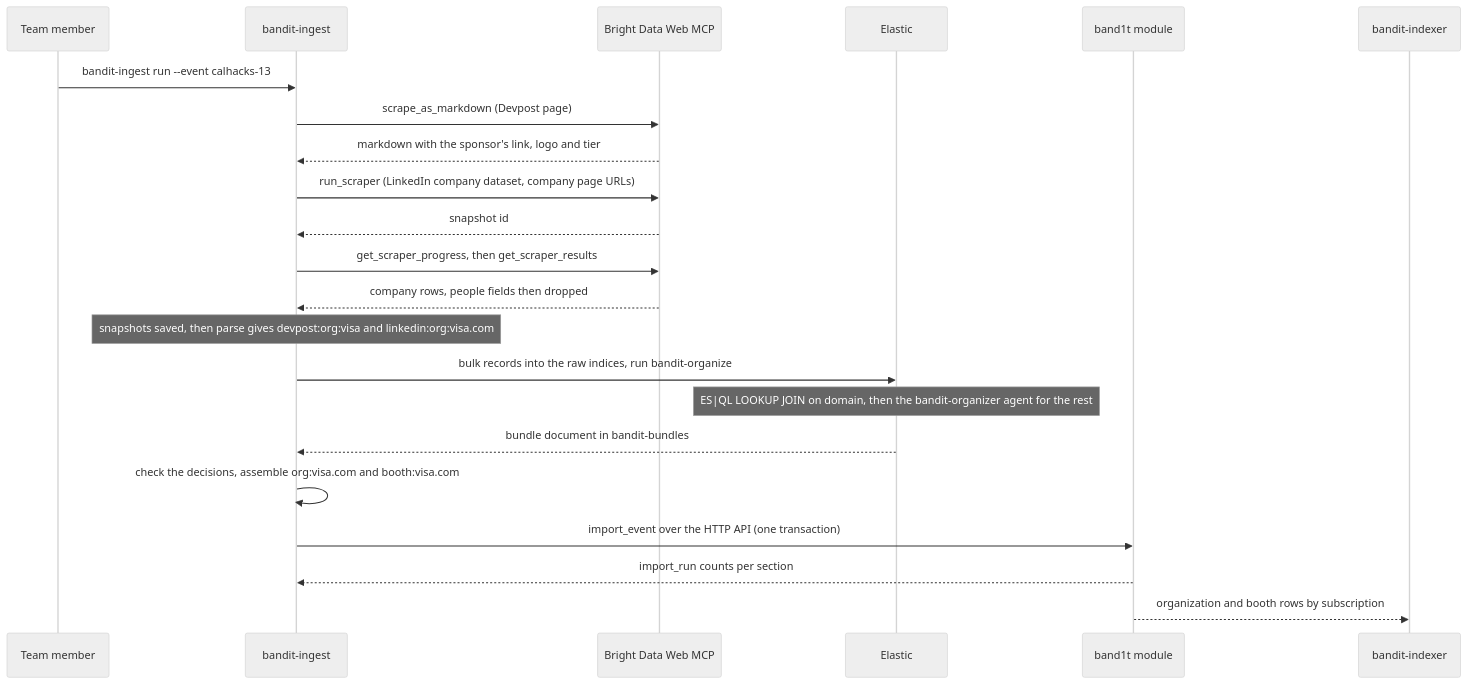
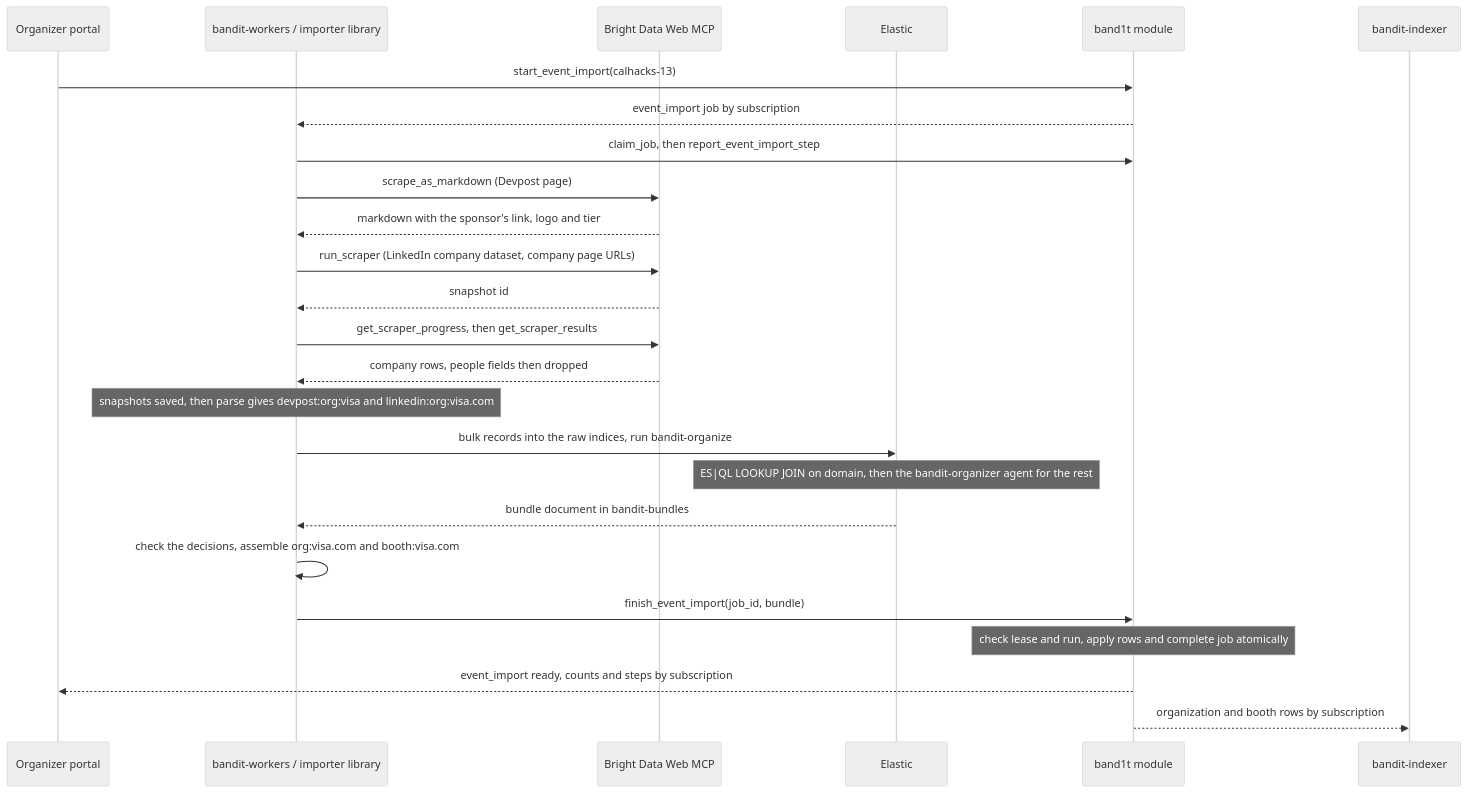
Before and after one commit to viktorinkov/cal-hacks-13: the eighth of 8 diagrams in System Design/7-integrations/Bright-Data.md, drawn with Mermaid (neutral theme). The commit also changed other lines of this file and 39 other files, not shown here.

Commit message:
run event imports from the organizer app

````diff
--- a/System Design/7-integrations/Bright-Data.md
+++ b/System Design/7-integrations/Bright-Data.md
@@ -528,24 +540,27 @@
 ```mermaid
 sequenceDiagram
-  participant OP as Team member
-  participant ING as bandit-ingest
+  participant OP as Organizer portal
+  participant ING as bandit-workers / importer library
   participant BD as Bright Data Web MCP
   participant ES as Elastic
   participant STDB as band1t module
   participant IDX as bandit-indexer
-  OP->>ING: bandit-ingest run --event calhacks-13
+  OP->>STDB: start_event_import(calhacks-13)
+  STDB-->>ING: event_import job by subscription
+  ING->>STDB: claim_job, then report_event_import_step
   ING->>BD: scrape_as_markdown (Devpost page)
   BD-->>ING: markdown with the sponsor's link, logo and tier
   ING->>BD: run_scraper (LinkedIn company dataset, company page URLs)
   BD-->>ING: snapshot id
   ING->>BD: get_scraper_progress, then get_scraper_results
   BD-->>ING: company rows, people fields then dropped
   Note over ING: snapshots saved, then parse gives devpost:org:visa and linkedin:org:visa.com
   ING->>ES: bulk records into the raw indices, run bandit-organize
   Note over ES: ES|QL LOOKUP JOIN on domain, then the bandit-organizer agent for the rest
   ES-->>ING: bundle document in bandit-bundles
   ING->>ING: check the decisions, assemble org:visa.com and booth:visa.com
-  ING->>STDB: import_event over the HTTP API (one transaction)
-  STDB-->>ING: import_run counts per section
+  ING->>STDB: finish_event_import(job_id, bundle)
+  Note over STDB: check lease and run, apply rows and complete job atomically
+  STDB-->>OP: event_import ready, counts and steps by subscription
   STDB-->>IDX: organization and booth rows by subscription
 ```
````
